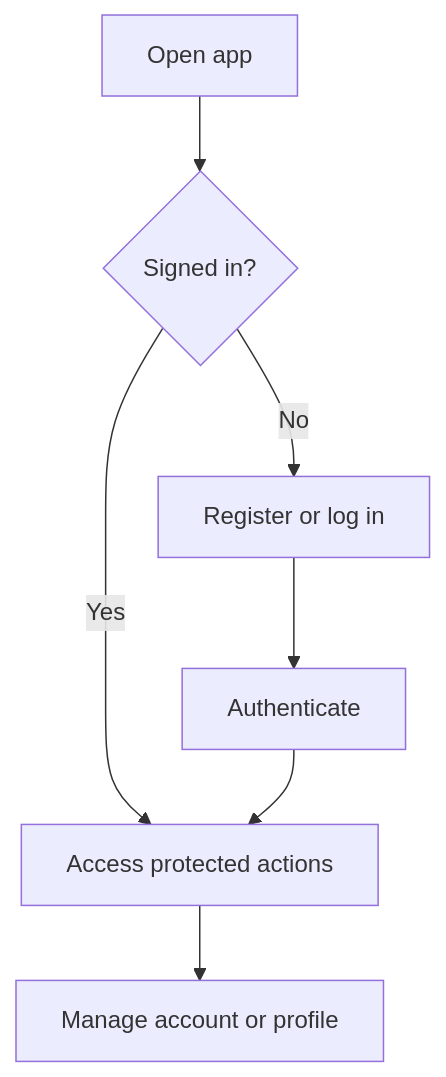
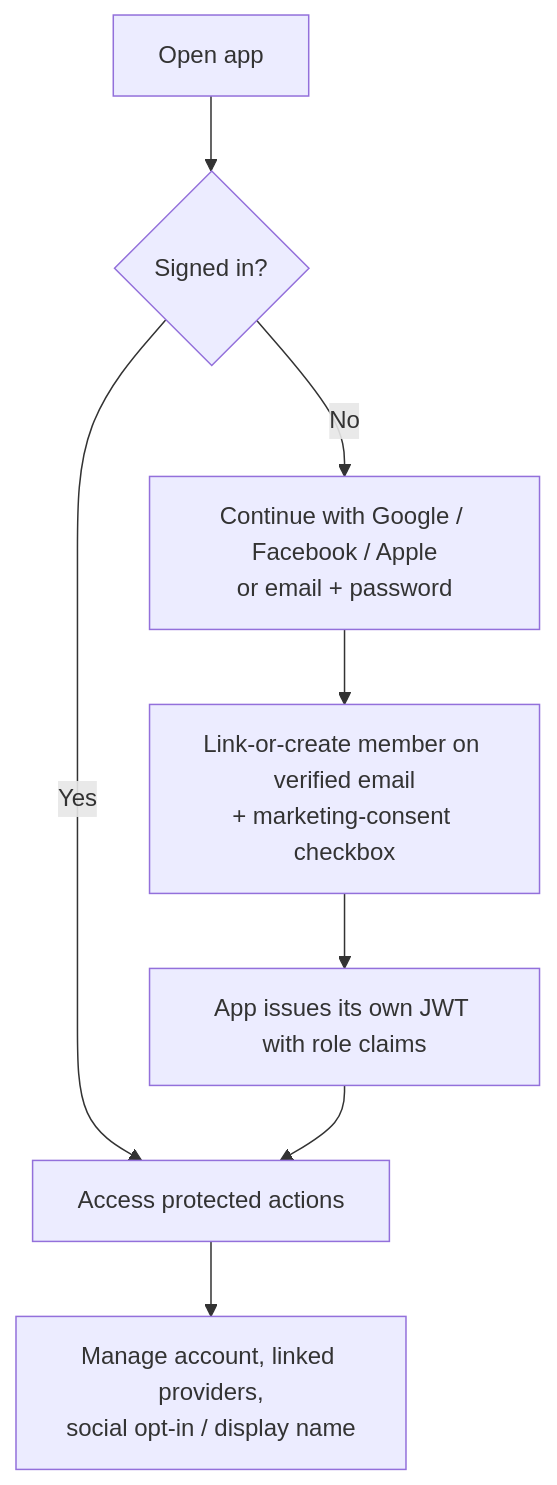
The fifth of 6 diagrams in PRODUCT_FLOW_DIAGRAM.md (pmconnolly80/FinalCapstone), drawn with Mermaid before and after one commit. The commit also changed other lines of this file and 10 other files, not shown here.

````diff
--- a/PRODUCT_FLOW_DIAGRAM.md
+++ b/PRODUCT_FLOW_DIAGRAM.md
@@ -45,9 +61,10 @@
 ```mermaid
 flowchart TD
     A[Open app] --> B{Signed in?}
-    B -->|No| C[Register or log in]
-    B -->|Yes| D[Access protected actions]
-    C --> E[Authenticate]
-    E --> D
-    D --> F[Manage account or profile]
+    B -->|No| C[Continue with Google / Facebook / Apple<br/>or email + password]
+    C --> D[Link-or-create member on verified email<br/>+ marketing-consent checkbox]
+    D --> E[App issues its own JWT with role claims]
+    B -->|Yes| F[Access protected actions]
+    E --> F
+    F --> G[Manage account, linked providers,<br/>social opt-in / display name]
 ```
````
